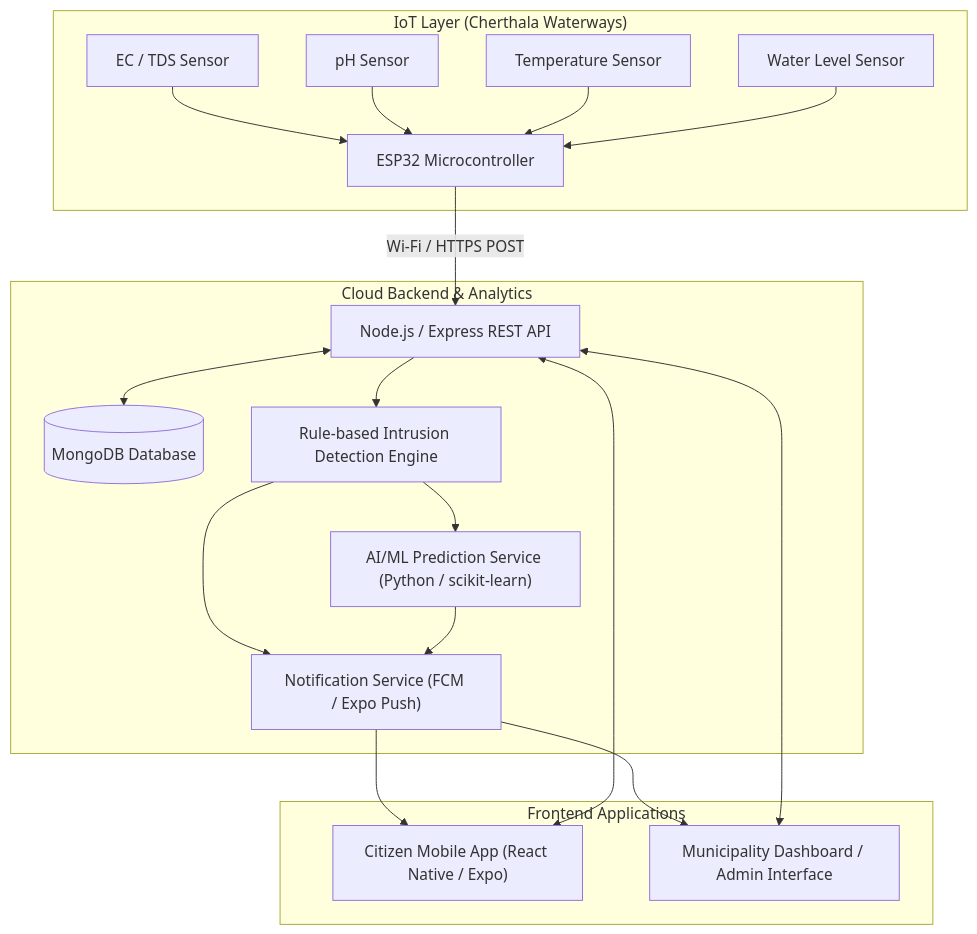
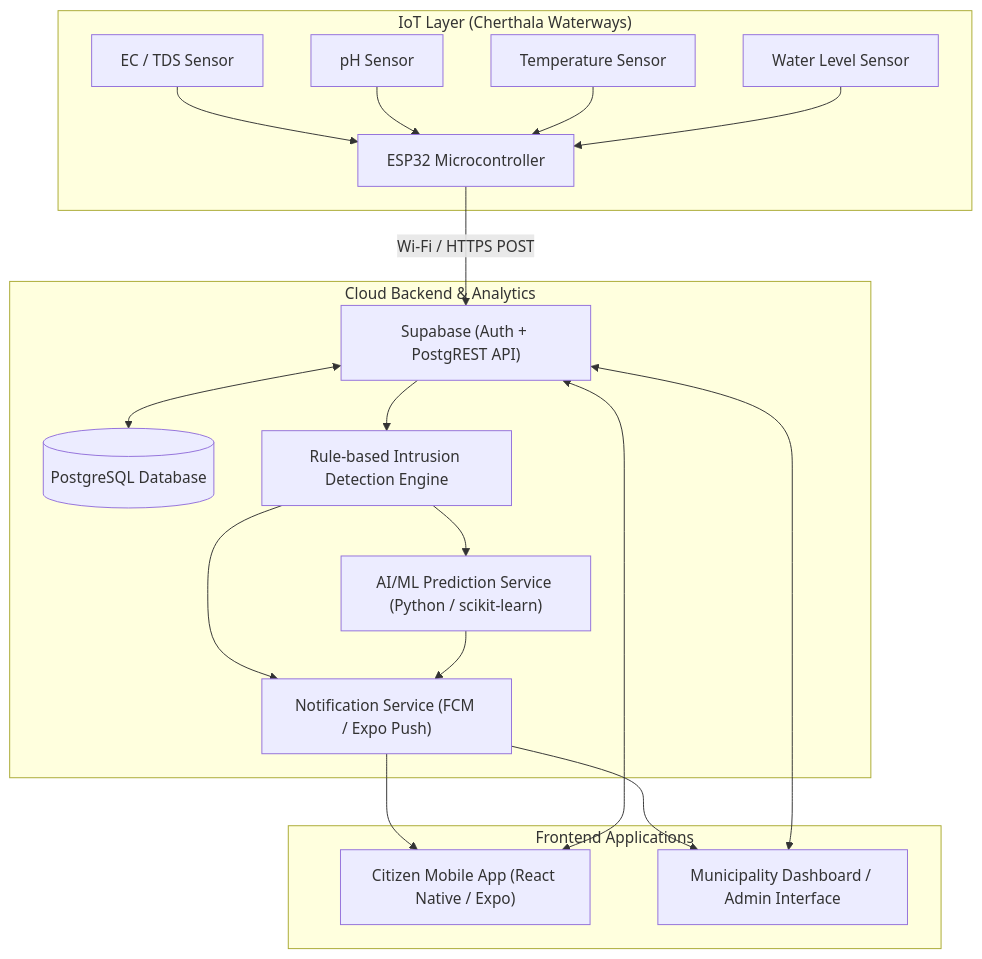
Before and after one commit to NotDday/Water-Watch: the first of 2 diagrams in docs/IMPLEMENTATION_ROADMAP.md, drawn with Mermaid. The commit also changed other lines of this file and 11 other files, not shown here.

First line of the commit message:
feat: switch backend to Supabase with PostgreSQL, auth, and RLS

````diff
--- a/docs/IMPLEMENTATION_ROADMAP.md
+++ b/docs/IMPLEMENTATION_ROADMAP.md
@@ -26,35 +25,35 @@
 ```mermaid
 flowchart TD
     subgraph IoT["IoT Layer (Cherthala Waterways)"]
         S1["EC / TDS Sensor"]
         S2["pH Sensor"]
         S3["Temperature Sensor"]
         S4["Water Level Sensor"]
         ESP["ESP32 Microcontroller"]
         S1 & S2 & S3 & S4 --> ESP
     end
 
     subgraph Backend["Cloud Backend & Analytics"]
-        API["Node.js / Express REST API"]
-        DB[("MongoDB Database")]
+        API["Supabase (Auth + PostgREST API)"]
+        DB[("PostgreSQL Database")]
         DET["Rule-based Intrusion Detection Engine"]
         ML["AI/ML Prediction Service (Python / scikit-learn)"]
         NOTIF["Notification Service (FCM / Expo Push)"]
         
         ESP -- "Wi-Fi / HTTPS POST" --> API
         API <--> DB
         API --> DET
         DET --> ML
         DET & ML --> NOTIF
     end
 
     subgraph Clients["Frontend Applications"]
         APP["Citizen Mobile App (React Native / Expo)"]
         ADMIN["Municipality Dashboard / Admin Interface"]
         
         NOTIF --> APP
         NOTIF --> ADMIN
         API <--> APP
         API <--> ADMIN
     end
 ```
````
